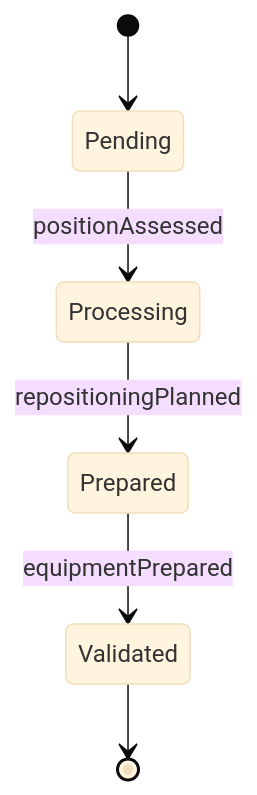
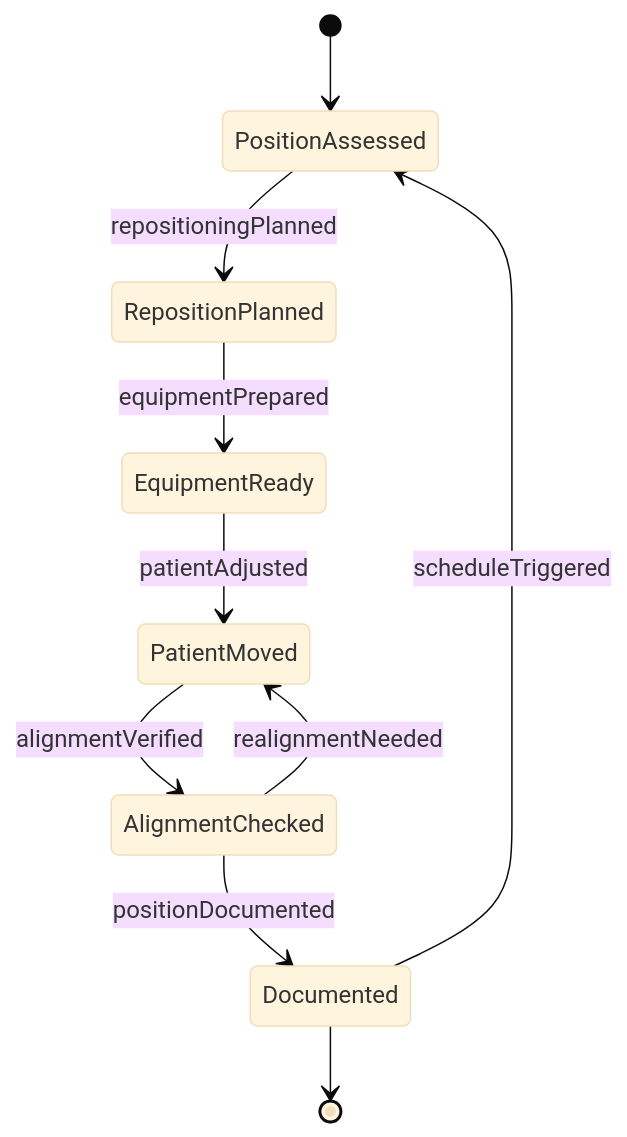
Before and after one commit to dot-org-ai/tasks.org.ai: the second of 4 diagrams in AssistingAndCaringForOthers/AssistHealthcarePractitionersDuringMedicalProcedures/AdjustPositionsPatientsBedsTables.mdx, drawn with Mermaid (base theme). The commit also changed other lines of this file and 32 other files, not shown here.

First line of the commit message:
fix: Improve ER and State diagrams in 32 AssistingAndCaringForOthers DWA files

````diff
--- a/AssistingAndCaringForOthers/AssistHealthcarePractitionersDuringMedicalProcedures/AdjustPositionsPatientsBedsTables.mdx
+++ b/AssistingAndCaringForOthers/AssistHealthcarePractitionersDuringMedicalProcedures/AdjustPositionsPatientsBedsTables.mdx
@@ -97,8 +97,12 @@
 ```mermaid
 stateDiagram-v2
-    [*] --> Pending
-    Pending --> Processing : positionAssessed
-    Processing --> Prepared : repositioningPlanned
-    Prepared --> Validated : equipmentPrepared
-    Validated --> [*]
+    [*] --> PositionAssessed
+    PositionAssessed --> RepositionPlanned : repositioningPlanned
+    RepositionPlanned --> EquipmentReady : equipmentPrepared
+    EquipmentReady --> PatientMoved : patientAdjusted
+    PatientMoved --> AlignmentChecked : alignmentVerified
+    AlignmentChecked --> PatientMoved : realignmentNeeded
+    AlignmentChecked --> Documented : positionDocumented
+    Documented --> PositionAssessed : scheduleTriggered
+    Documented --> [*]
 ```
````
